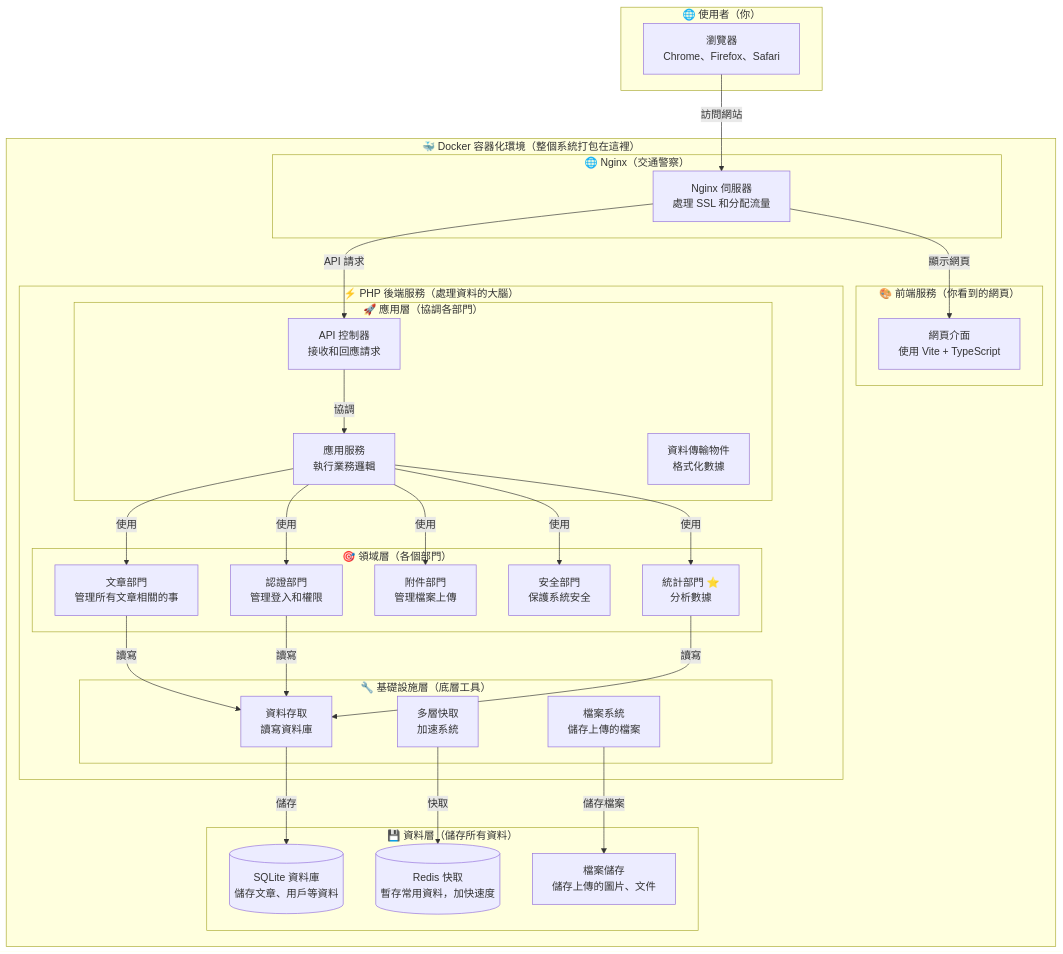
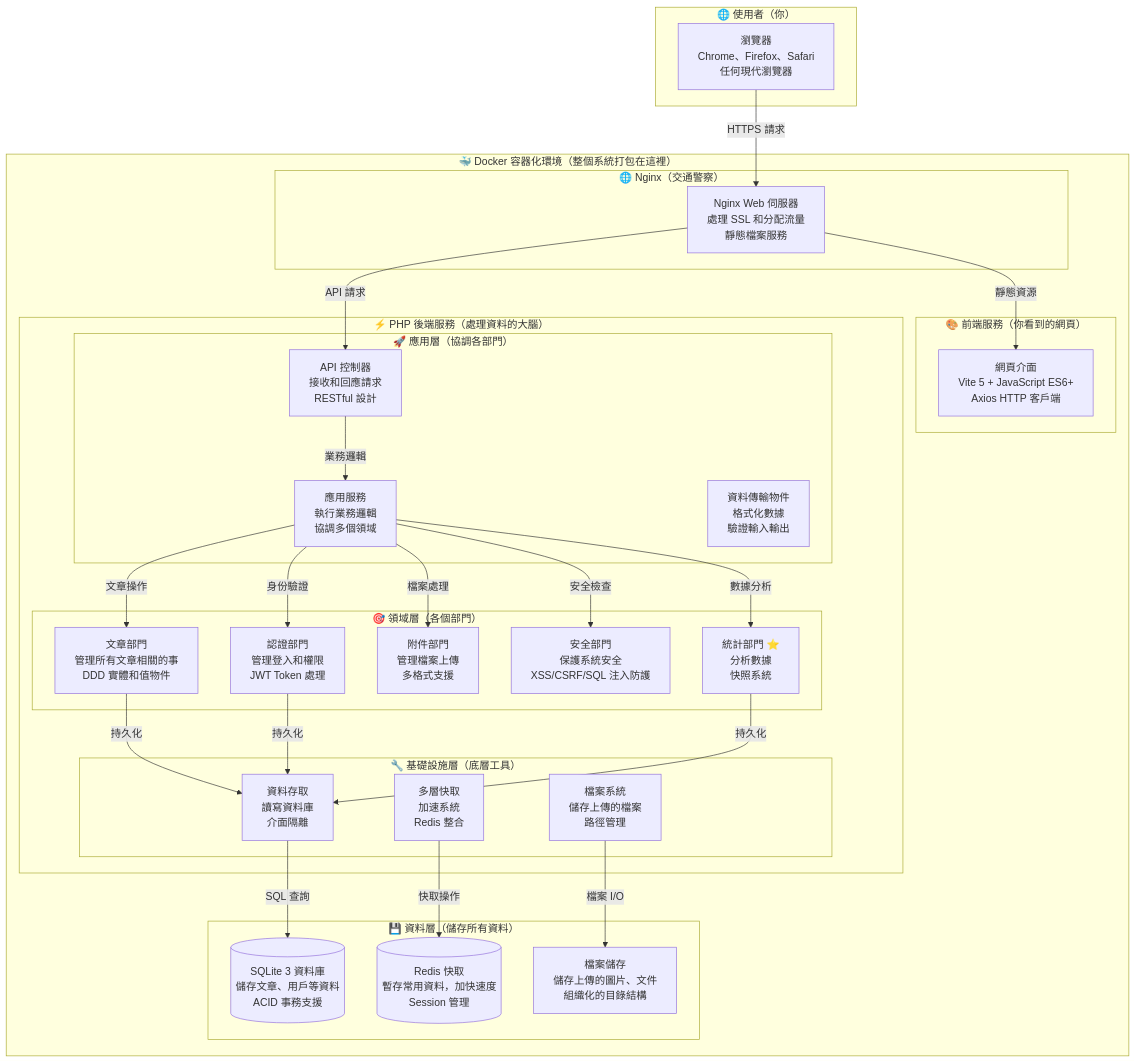
The first of 2 diagrams in README.md (cookeyholder/AlleyNote), drawn with Mermaid before and after one commit. The commit also changed other lines of this file, not shown here.

````diff
--- a/README.md
+++ b/README.md
@@ -174,60 +305,60 @@
 ```mermaid
 graph TB
     subgraph "🌐 使用者（你）"
-        Browser[瀏覽器<br/>Chrome、Firefox、Safari]
+        Browser[瀏覽器<br/>Chrome、Firefox、Safari<br/>任何現代瀏覽器]
     end
 
     subgraph "🐳 Docker 容器化環境（整個系統打包在這裡）"
         subgraph "🎨 前端服務（你看到的網頁）"
-            Frontend[網頁介面<br/>使用 Vite + TypeScript]
+            Frontend[網頁介面<br/>Vite 5 + JavaScript ES6+<br/>Axios HTTP 客戶端]
         end
 
         subgraph "🌐 Nginx（交通警察）"
-            Nginx[Nginx 伺服器<br/>處理 SSL 和分配流量]
+            Nginx[Nginx Web 伺服器<br/>處理 SSL 和分配流量<br/>靜態檔案服務]
         end
 
         subgraph "⚡ PHP 後端服務（處理資料的大腦）"
             subgraph "🎯 領域層（各個部門）"
-                Post[文章部門<br/>管理所有文章相關的事]
-                Auth[認證部門<br/>管理登入和權限]
-                Attachment[附件部門<br/>管理檔案上傳]
-                Security[安全部門<br/>保護系統安全]
-                Statistics[統計部門 ⭐<br/>分析數據]
+                Post[文章部門<br/>管理所有文章相關的事<br/>DDD 實體和值物件]
+                Auth[認證部門<br/>管理登入和權限<br/>JWT Token 處理]
+                Attachment[附件部門<br/>管理檔案上傳<br/>多格式支援]
+                Security[安全部門<br/>保護系統安全<br/>XSS/CSRF/SQL 注入防護]
+                Statistics[統計部門 ⭐<br/>分析數據<br/>快照系統]
             end
 
             subgraph "🚀 應用層（協調各部門）"
-                Controllers[API 控制器<br/>接收和回應請求]
-                Services[應用服務<br/>執行業務邏輯]
-                DTOs[資料傳輸物件<br/>格式化數據]
+                Controllers[API 控制器<br/>接收和回應請求<br/>RESTful 設計]
+                Services[應用服務<br/>執行業務邏輯<br/>協調多個領域]
+                DTOs[資料傳輸物件<br/>格式化數據<br/>驗證輸入輸出]
             end
 
             subgraph "🔧 基礎設施層（底層工具）"
-                Repositories[資料存取<br/>讀寫資料庫]
-                Cache[多層快取<br/>加速系統]
-                FileSystem[檔案系統<br/>儲存上傳的檔案]
+                Repositories[資料存取<br/>讀寫資料庫<br/>介面隔離]
+                Cache[多層快取<br/>加速系統<br/>Redis 整合]
+                FileSystem[檔案系統<br/>儲存上傳的檔案<br/>路徑管理]
             end
         end
 
         subgraph "💾 資料層（儲存所有資料）"
-            SQLite[(SQLite 資料庫<br/>儲存文章、用戶等資料)]
-            Redis[(Redis 快取<br/>暫存常用資料，加快速度)]
-            Storage[檔案儲存<br/>儲存上傳的圖片、文件]
+            SQLite[(SQLite 3 資料庫<br/>儲存文章、用戶等資料<br/>ACID 事務支援)]
+            Redis[(Redis 快取<br/>暫存常用資料，加快速度<br/>Session 管理)]
+            Storage[檔案儲存<br/>儲存上傳的圖片、文件<br/>組織化的目錄結構]
         end
     end
 
-    Browser -->|訪問網站| Nginx
-    Nginx -->|顯示網頁| Frontend
+    Browser -->|HTTPS 請求| Nginx
+    Nginx -->|靜態資源| Frontend
     Nginx -->|API 請求| Controllers
-    Controllers -->|協調| Services
-    Services -->|使用| Post
-    Services -->|使用| Auth
-    Services -->|使用| Attachment
-    Services -->|使用| Security
-    Services -->|使用| Statistics
-    Post -->|讀寫| Repositories
-    Auth -->|讀寫| Repositories
-    Statistics -->|讀寫| Repositories
-    Repositories -->|儲存| SQLite
-    Cache -->|快取| Redis
-    FileSystem -->|儲存檔案| Storage
+    Controllers -->|業務邏輯| Services
+    Services -->|文章操作| Post
+    Services -->|身份驗證| Auth
+    Services -->|檔案處理| Attachment
+    Services -->|安全檢查| Security
+    Services -->|數據分析| Statistics
+    Post -->|持久化| Repositories
+    Auth -->|持久化| Repositories
+    Statistics -->|持久化| Repositories
+    Repositories -->|SQL 查詢| SQLite
+    Cache -->|快取操作| Redis
+    FileSystem -->|檔案 I/O| Storage
 ```
````
